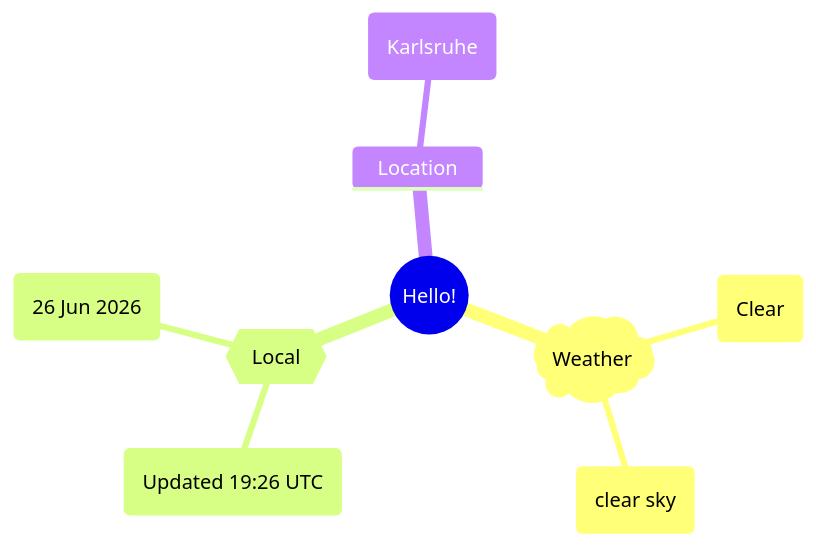
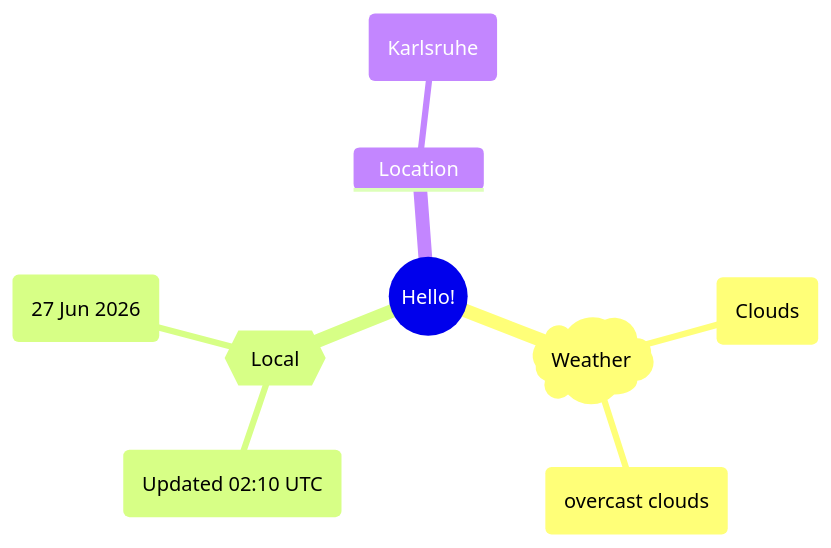
Before and after one commit to Xosrov/Xosrov: the first of 2 diagrams in README.md, drawn with Mermaid.

Commit message:
[bot] updated images

````diff
--- a/README.md
+++ b/README.md
@@ -3,12 +3,12 @@
 ```mermaid
 mindmap
   root((Hello!))
     )Weather(
-        (Clear)
-        (clear sky)
+        (Clouds)
+        (overcast clouds)
     {{Local}}
-        (Updated 19:26 UTC)
-        (26 Jun 2026)
+        (Updated 02:10 UTC)
+        (27 Jun 2026)
     Location
         (Karlsruhe)
 ```
````
